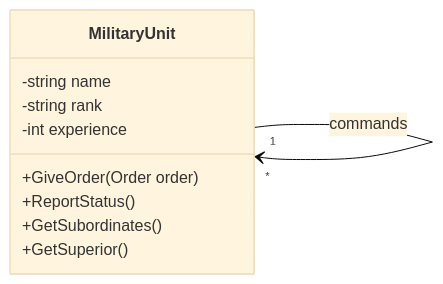
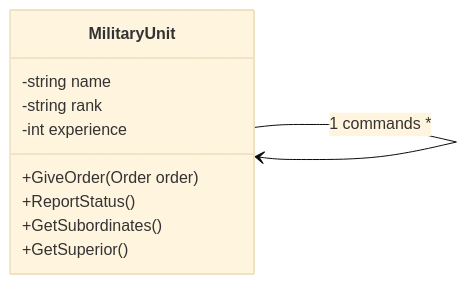
One commit to franlealp1/UML-Games-v3 changed the ninth of 9 diagrams in Slides/Chapitre 2.md. Above: the diagram before and after it, drawn with Mermaid (base theme). The commit also changed 2 other files, not shown here.

Commit message:
doc: self-association hack

````diff
--- a/Slides/Chapitre 2.md
+++ b/Slides/Chapitre 2.md
@@ -293,16 +293,15 @@
 ```mermaid
 classDiagram
     direction LR
-classDef default fill:#e3f2fd,stroke:#1565c0,stroke-width:2px,color:#0d47a1
     class MilitaryUnit {
         -string name
         -string rank
         -int experience
         +GiveOrder(Order order)
         +ReportStatus()
         +GetSubordinates()
         +GetSuperior()
     }
     
-    MilitaryUnit "1" --> "*" MilitaryUnit : commands
+    MilitaryUnit --> MilitaryUnit : 1 commands *
 ```
````
